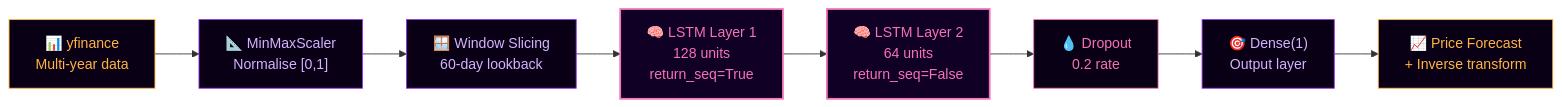
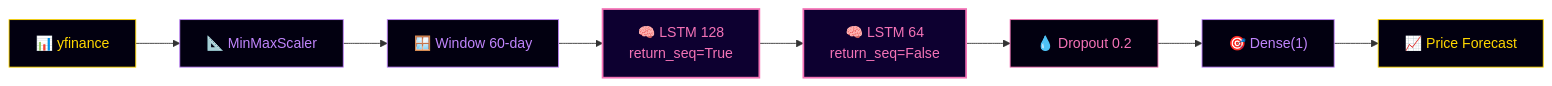
Before and after one commit to LuthandoCandlovu/LuthandoCandlovu: the fifth of 8 diagrams in README.md, drawn with Mermaid. The commit also changed other lines of this file, not shown here.

````diff
--- a/README.md
+++ b/README.md
@@ -367,20 +544,20 @@
 ```mermaid
 graph LR
-    YF["📊 yfinance\nMulti-year data"]:::input
-    NORM["📐 MinMaxScaler\nNormalise [0,1]"]:::process
-    WIN["🪟 Window Slicing\n60-day lookback"]:::process
-    L1["🧠 LSTM Layer 1\n128 units\nreturn_seq=True"]:::lstm
-    L2["🧠 LSTM Layer 2\n64 units\nreturn_seq=False"]:::lstm
-    DROP["💧 Dropout\n0.2 rate"]:::reg
-    DENSE["🎯 Dense(1)\nOutput layer"]:::output
-    PRED["📈 Price Forecast\n+ Inverse transform"]:::result
+    YF["📊 yfinance"]:::input
+    NORM["📐 MinMaxScaler"]:::process
+    WIN["🪟 Window 60-day"]:::process
+    L1["🧠 LSTM 128\nreturn_seq=True"]:::lstm
+    L2["🧠 LSTM 64\nreturn_seq=False"]:::lstm
+    DROP["💧 Dropout 0.2"]:::reg
+    DENSE["🎯 Dense(1)"]:::output
+    PRED["📈 Price Forecast"]:::result
 
     YF --> NORM --> WIN --> L1 --> L2 --> DROP --> DENSE --> PRED
 
-    classDef input fill:#0a0015,stroke:#FFB347,color:#FFB347
-    classDef process fill:#0a0015,stroke:#9333EA,color:#d4b3ff
-    classDef lstm fill:#100025,stroke:#F472B6,color:#F472B6,stroke-width:2px
-    classDef reg fill:#0a0015,stroke:#F472B6,color:#F472B6
-    classDef output fill:#0a0015,stroke:#9333EA,color:#d4b3ff
-    classDef result fill:#0a0015,stroke:#FFB347,color:#FFB347
+    classDef input fill:#020010,stroke:#FFD700,color:#FFD700
+    classDef process fill:#020010,stroke:#c084fc,color:#c084fc
+    classDef lstm fill:#0d0030,stroke:#f472b6,color:#f472b6,stroke-width:2px
+    classDef reg fill:#020010,stroke:#f472b6,color:#f472b6
+    classDef output fill:#020010,stroke:#c084fc,color:#c084fc
+    classDef result fill:#020010,stroke:#FFD700,color:#FFD700
 ```
````
